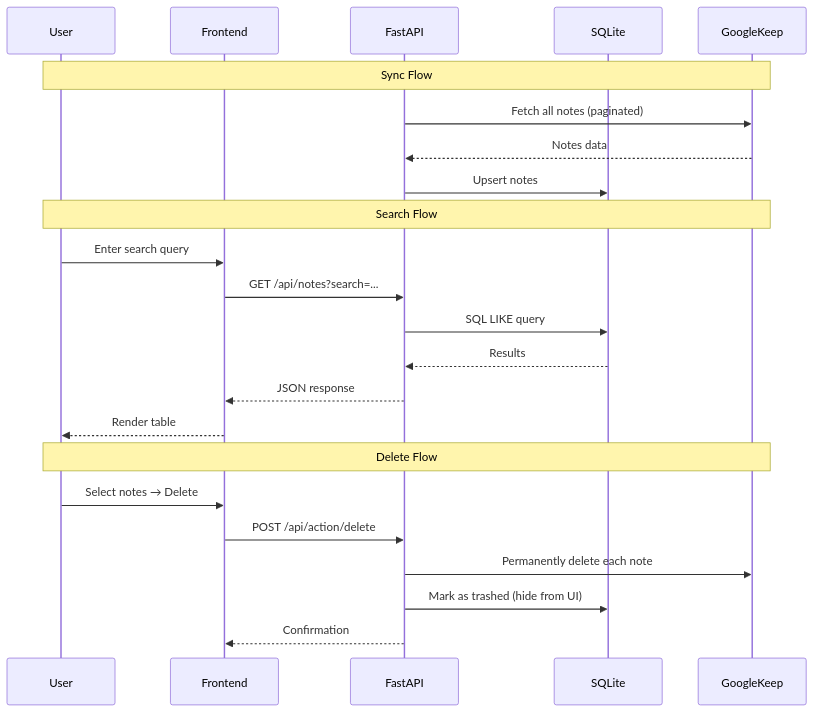
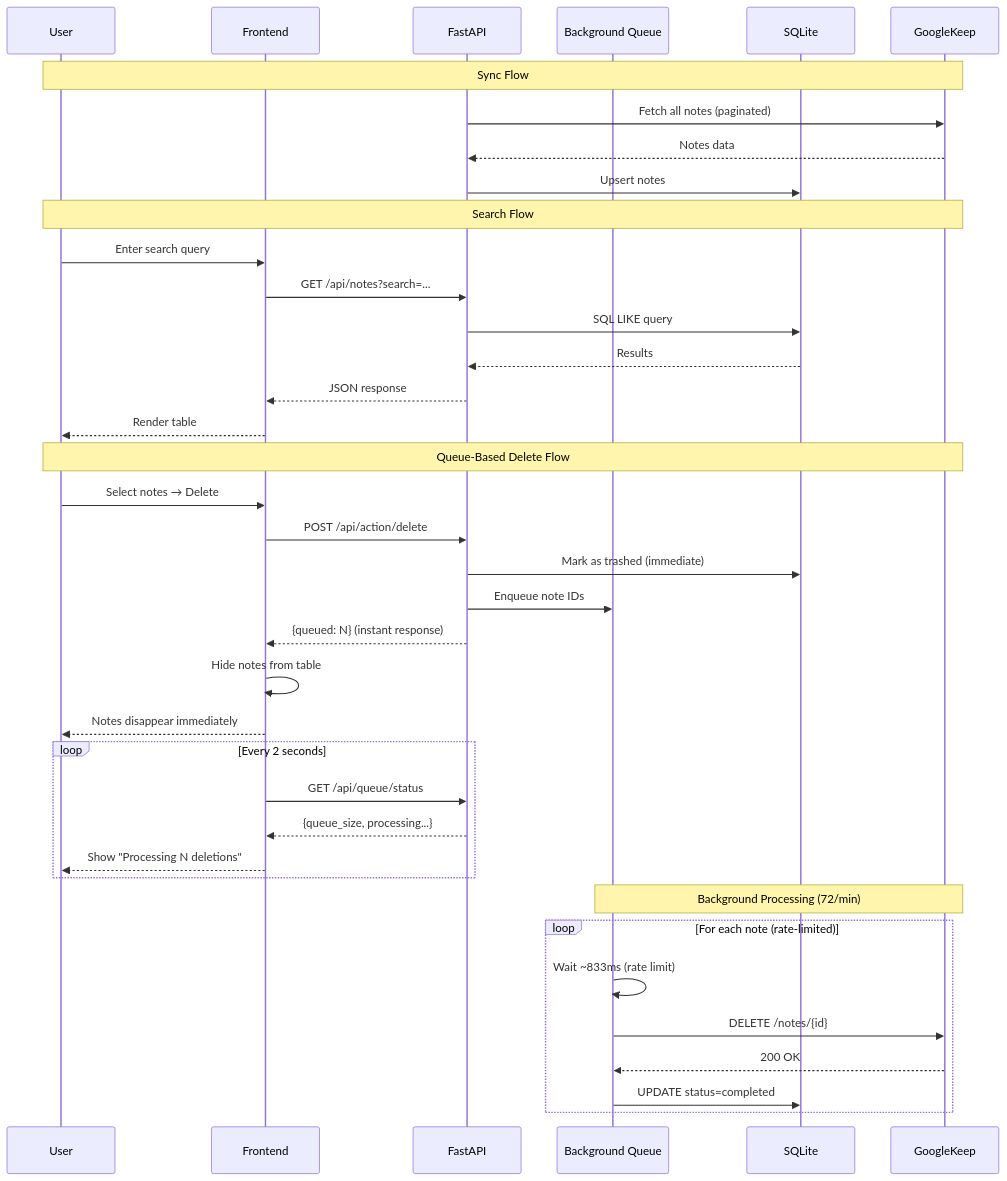
Before and after one commit to alexsmoy/keep-manager: the second of 2 diagrams in README.md, drawn with Mermaid. The commit also changed other lines of this file and 11 other files, not shown here.

Commit message:
feat: Implement a background queue manager for rate-limited note deletions, adding a new database table, UI components, and documentation.

````diff
--- a/README.md
+++ b/README.md
@@ -508,28 +549,45 @@
 ```mermaid
 sequenceDiagram
     participant User
     participant Frontend
     participant FastAPI
+    participant Queue as Background Queue
     participant SQLite
     participant GoogleKeep
 
     Note over User,GoogleKeep: Sync Flow
     FastAPI->>GoogleKeep: Fetch all notes (paginated)
     GoogleKeep-->>FastAPI: Notes data
     FastAPI->>SQLite: Upsert notes
 
     Note over User,GoogleKeep: Search Flow
     User->>Frontend: Enter search query
     Frontend->>FastAPI: GET /api/notes?search=...
     FastAPI->>SQLite: SQL LIKE query
     SQLite-->>FastAPI: Results
     FastAPI-->>Frontend: JSON response
     Frontend-->>User: Render table
 
-    Note over User,GoogleKeep: Delete Flow
+    Note over User,GoogleKeep: Queue-Based Delete Flow
     User->>Frontend: Select notes → Delete
     Frontend->>FastAPI: POST /api/action/delete
-    FastAPI->>GoogleKeep: Permanently delete each note
-    FastAPI->>SQLite: Mark as trashed (hide from UI)
-    FastAPI-->>Frontend: Confirmation
+    FastAPI->>SQLite: Mark as trashed (immediate)
+    FastAPI->>Queue: Enqueue note IDs
+    FastAPI-->>Frontend: {queued: N} (instant response)
+    Frontend->>Frontend: Hide notes from table
+    Frontend-->>User: Notes disappear immediately
+
+    loop Every 2 seconds
+        Frontend->>FastAPI: GET /api/queue/status
+        FastAPI-->>Frontend: {queue_size, processing...}
+        Frontend-->>User: Show "Processing N deletions"
+    end
+
+    Note over Queue,GoogleKeep: Background Processing (72/min)
+    loop For each note (rate-limited)
+        Queue->>Queue: Wait ~833ms (rate limit)
+        Queue->>GoogleKeep: DELETE /notes/{id}
+        GoogleKeep-->>Queue: 200 OK
+        Queue->>SQLite: UPDATE status=completed
+    end
 ```
````
